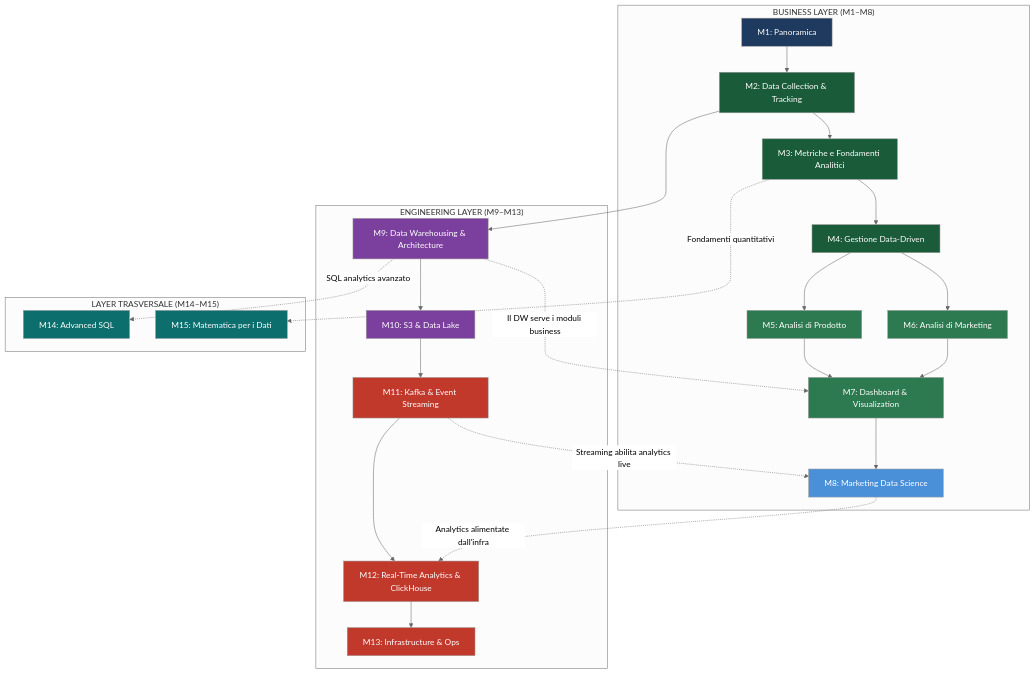
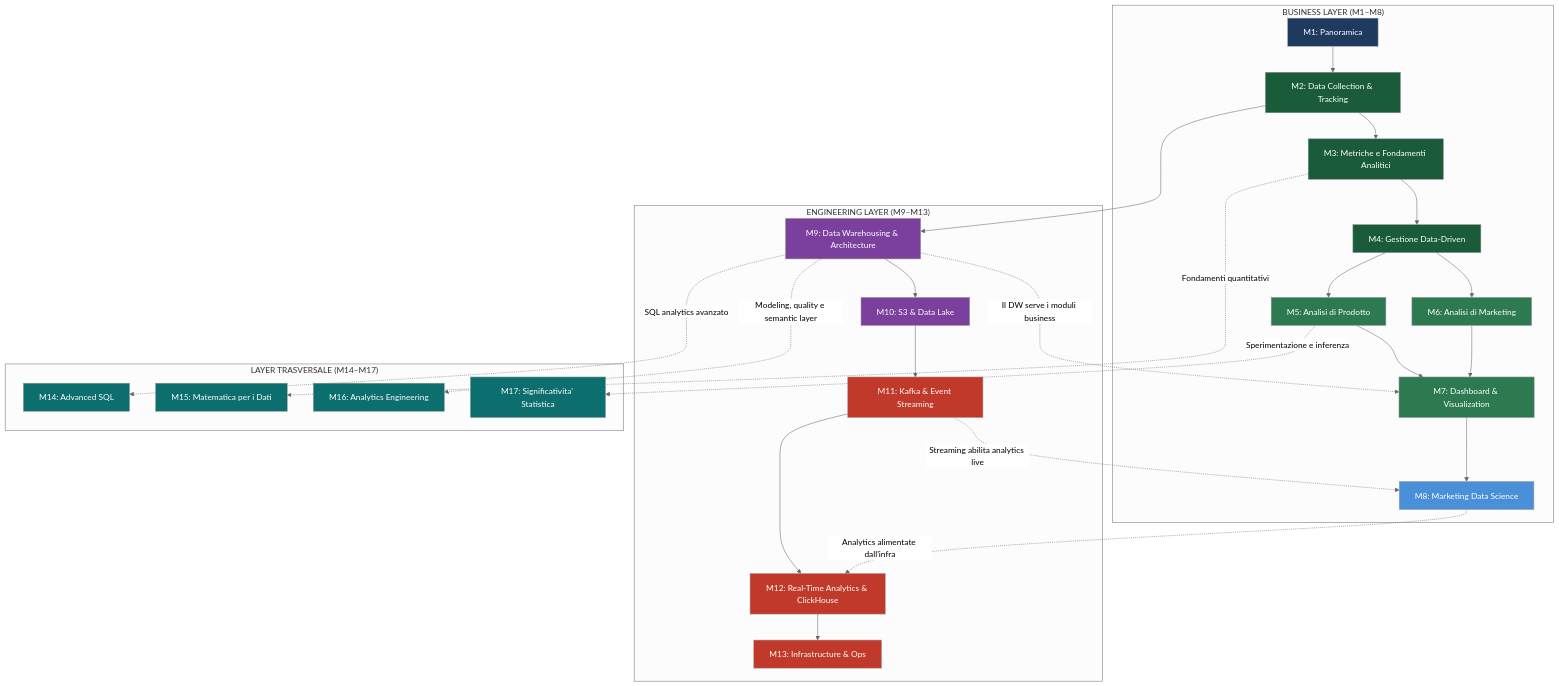
The first of 5 diagrams in src/content/corso/panoramica/mappe-concettuali.mdx (AndreyBertasini/gynnitech), drawn with Mermaid (neutral theme) before and after one commit. The commit also changed other lines of this file and 17 other files, not shown here.

````diff
--- a/src/content/corso/panoramica/mappe-concettuali.mdx
+++ b/src/content/corso/panoramica/mappe-concettuali.mdx
@@ -39,46 +39,50 @@
 ```mermaid
 graph TD
     subgraph BL["BUSINESS LAYER (M1–M8)"]
         M1["M1: Panoramica"] --> M2["M2: Data Collection & Tracking"]
         M2 --> M3["M3: Metriche e Fondamenti Analitici"]
         M3 --> M4["M4: Gestione Data-Driven"]
         M4 --> M5["M5: Analisi di Prodotto"]
         M4 --> M6["M6: Analisi di Marketing"]
         M5 --> M7["M7: Dashboard & Visualization"]
         M6 --> M7
         M7 --> M8["M8: Marketing Data Science"]
     end
 
     subgraph EL["ENGINEERING LAYER (M9–M13)"]
         M2 --> M9["M9: Data Warehousing & Architecture"]
         M9 --> M10["M10: S3 & Data Lake"]
         M10 --> M11["M11: Kafka & Event Streaming"]
         M11 --> M12["M12: Real-Time Analytics & ClickHouse"]
         M12 --> M13["M13: Infrastructure & Ops"]
     end
 
-    subgraph TL["LAYER TRASVERSALE (M14–M15)"]
+    subgraph TL["LAYER TRASVERSALE (M14–M17)"]
         M9 -.->|"SQL analytics avanzato"| M14["M14: Advanced SQL"]
         M3 -.->|"Fondamenti quantitativi"| M15["M15: Matematica per i Dati"]
+        M9 -.->|"Modeling, quality e semantic layer"| M16["M16: Analytics Engineering"]
+        M5 -.->|"Sperimentazione e inferenza"| M17["M17: Significativita' Statistica"]
     end
 
     M8 -.->|"Analytics alimentate dall'infra"| M12
     M9 -.->|"Il DW serve i moduli business"| M7
     M11 -.->|"Streaming abilita analytics live"| M8
 
     style M1 fill:#1e3a5f,color:#fff
     style M2 fill:#1a5c3a,color:#fff
     style M3 fill:#1a5c3a,color:#fff
     style M4 fill:#1a5c3a,color:#fff
     style M5 fill:#2d7a50,color:#fff
     style M6 fill:#2d7a50,color:#fff
     style M7 fill:#2d7a50,color:#fff
     style M8 fill:#4a90d9,color:#fff
     style M9 fill:#7b3f9e,color:#fff
     style M10 fill:#7b3f9e,color:#fff
     style M11 fill:#c0392b,color:#fff
     style M12 fill:#c0392b,color:#fff
     style M13 fill:#c0392b,color:#fff
     style M14 fill:#0d6e6e,color:#fff
     style M15 fill:#0d6e6e,color:#fff
+    style M16 fill:#0d6e6e,color:#fff
+    style M17 fill:#0d6e6e,color:#fff
 ```
````
